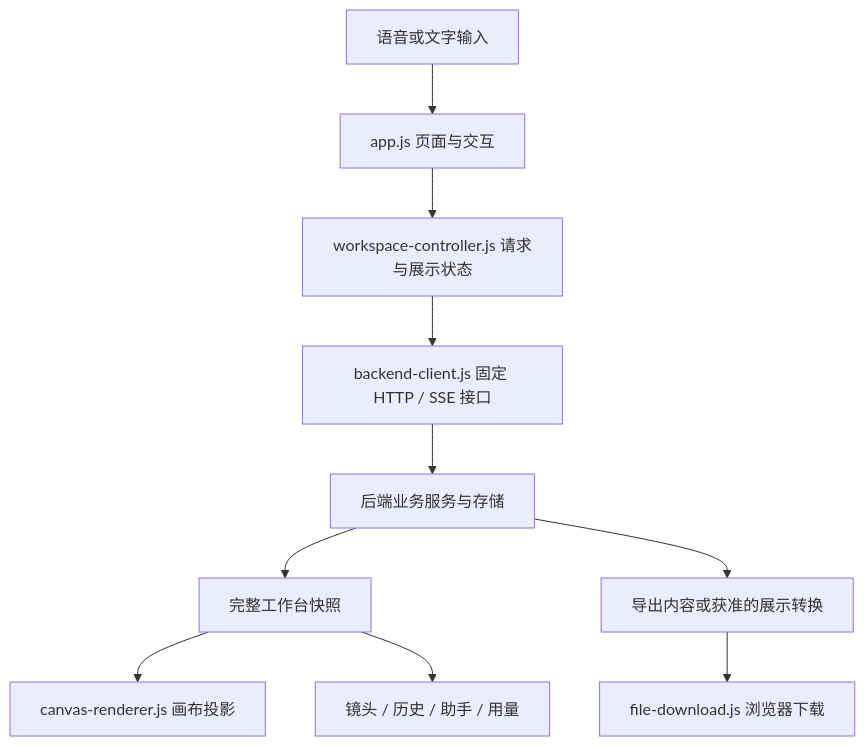
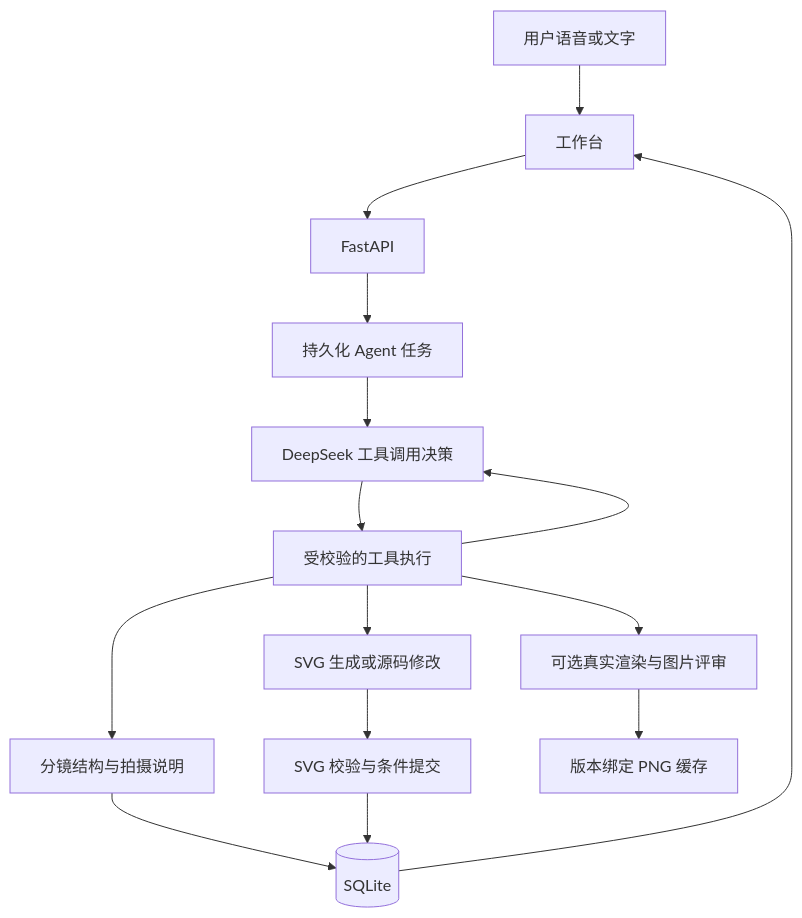
Before and after one commit to jackwentao/VoiceCanvas: the diagram in docs/ARCHITECTURE.md, drawn with Mermaid. The commit also changed other lines of this file and 83 other files, not shown here.

````diff
--- a/docs/ARCHITECTURE.md
+++ b/docs/ARCHITECTURE.md
@@ -11,12 +9,17 @@
 ```mermaid
 flowchart TD
-    User[语音或文字输入] --> App[app.js 页面与交互]
-    App --> Controller[workspace-controller.js 请求与展示状态]
-    Controller --> Client[backend-client.js 固定 HTTP / SSE 接口]
-    Client --> Backend[后端业务服务与存储]
-    Backend --> Snapshot[完整工作台快照]
-    Snapshot --> Renderer[canvas-renderer.js 画布投影]
-    Snapshot --> Panels[镜头 / 历史 / 助手 / 用量]
-    Backend --> Export[导出内容或获准的展示转换]
-    Export --> Download[file-download.js 浏览器下载]
+    U[用户语音或文字] --> UI[工作台]
+    UI --> API[FastAPI]
+    API --> RUN[持久化 Agent 任务]
+    RUN --> MODEL[DeepSeek 工具调用决策]
+    MODEL --> TOOLS[受校验的工具执行]
+    TOOLS --> BOARD[分镜结构与拍摄说明]
+    TOOLS --> DRAW[SVG 生成或源码修改]
+    TOOLS --> VISUAL[可选真实渲染与图片评审]
+    BOARD --> DB[(SQLite)]
+    DRAW --> CHECK[SVG 校验与条件提交]
+    CHECK --> DB
+    VISUAL --> PNG[版本绑定 PNG 缓存]
+    TOOLS --> MODEL
+    DB --> UI
 ```
````
